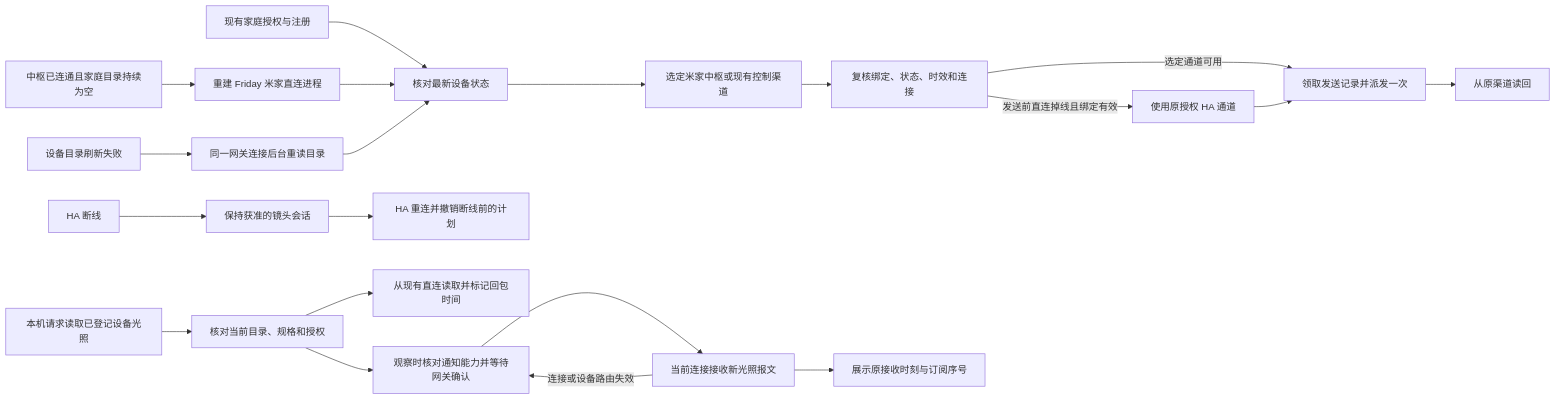
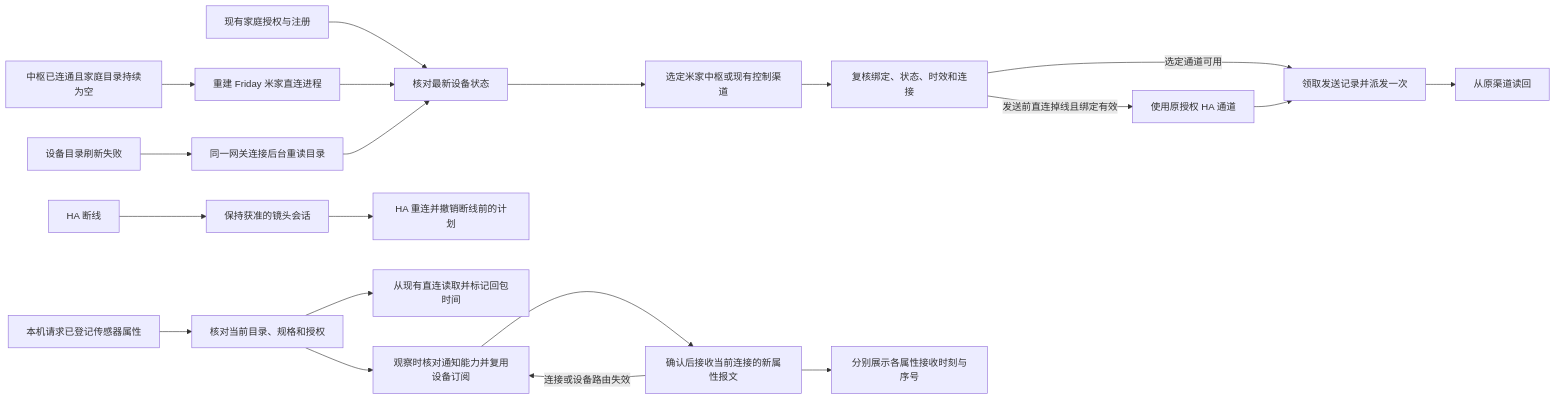
The third of 38 diagrams in docs/architecture.md (Geeprox/Friday), drawn with Mermaid before and after one commit. The commit also changed other lines of this file and 10 other files, not shown here.

````diff
--- a/docs/architecture.md
+++ b/docs/architecture.md
@@ -106,22 +108,22 @@
 ```mermaid
 flowchart LR
   A[现有家庭授权与注册] --> B[核对最新设备状态]
   B --> C[选定米家中枢或现有控制渠道]
   C --> M[复核绑定、状态、时效和连接]
   M -->|发送前直连掉线且绑定有效| N[使用原授权 HA 通道]
   M -->|选定通道可用| D[领取发送记录并派发一次]
   N --> D
   D --> E[从原渠道读回]
   F[HA 断线] --> G[保持获准的镜头会话]
   G --> H[HA 重连并撤销断线前的计划]
   I[中枢已连通且家庭目录持续为空] --> J[重建 Friday 米家直连进程]
   J --> B
   K[设备目录刷新失败] --> L[同一网关连接后台重读目录]
   L --> B
-  O[本机请求读取已登记设备光照] --> P[核对当前目录、规格和授权]
+  O[本机请求已登记传感器属性] --> P[核对当前目录、规格和授权]
   P --> Q[从现有直连读取并标记回包时间]
-  P --> R[观察时核对通知能力并等待网关确认]
-  R --> S[当前连接接收新光照报文]
-  S --> T[展示原接收时刻与订阅序号]
+  P --> R[观察时核对通知能力并复用设备订阅]
+  R --> S[确认后接收当前连接的新属性报文]
+  S --> T[分别展示各属性接收时刻与序号]
   S -->|连接或设备路由失效| R
 ```
````
